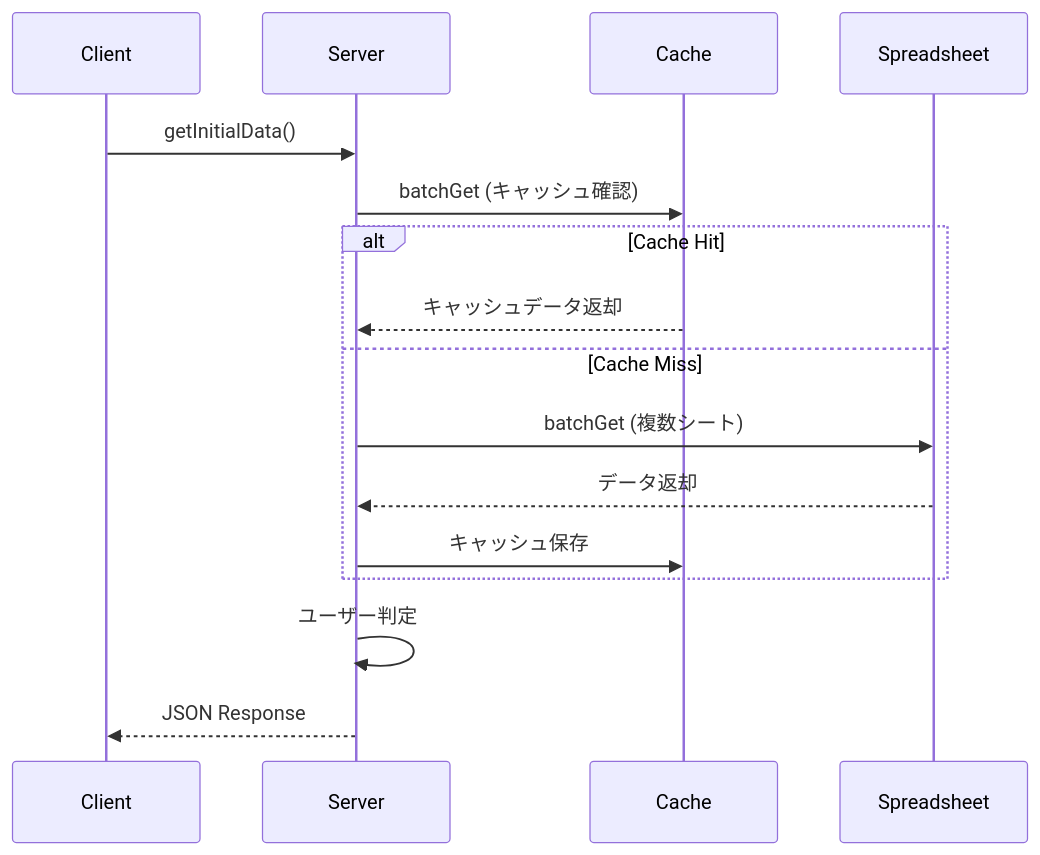
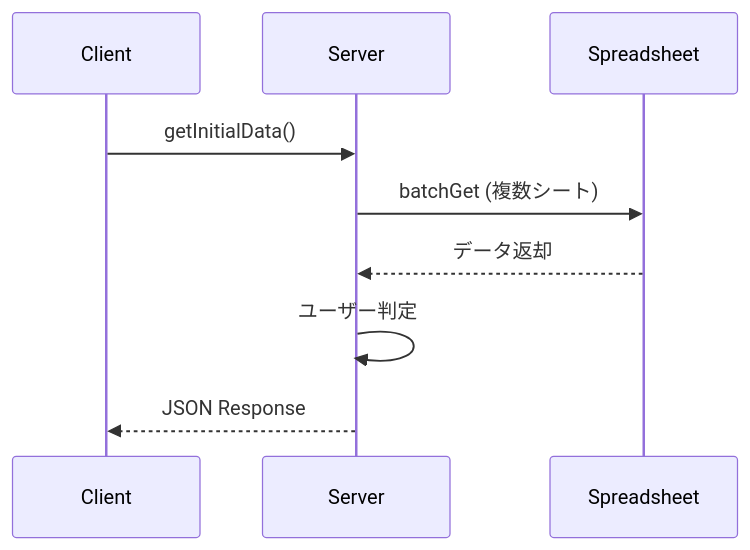
One commit to suzukishigeru4b/juken-survey-public changed the third of 9 diagrams in PROGRAM_SPECIFICATION.md. Above: the diagram before and after it, drawn with Mermaid. The commit also changed other lines of this file and 6 other files, not shown here.

````diff
--- a/PROGRAM_SPECIFICATION.md
+++ b/PROGRAM_SPECIFICATION.md
@@ -224,19 +194,12 @@
 ```mermaid
 sequenceDiagram
     participant C as Client
     participant S as Server
-    participant Cache as Cache
     participant SS as Spreadsheet
     
     C->>S: getInitialData()
-    S->>Cache: batchGet (キャッシュ確認)
-    alt Cache Hit
-        Cache-->>S: キャッシュデータ返却
-    else Cache Miss
-        S->>SS: batchGet (複数シート)
-        SS-->>S: データ返却
-        S->>Cache: キャッシュ保存
-    end
+    S->>SS: batchGet (複数シート)
+    SS-->>S: データ返却
     S->>S: ユーザー判定
     S-->>C: JSON Response
 ```
````
